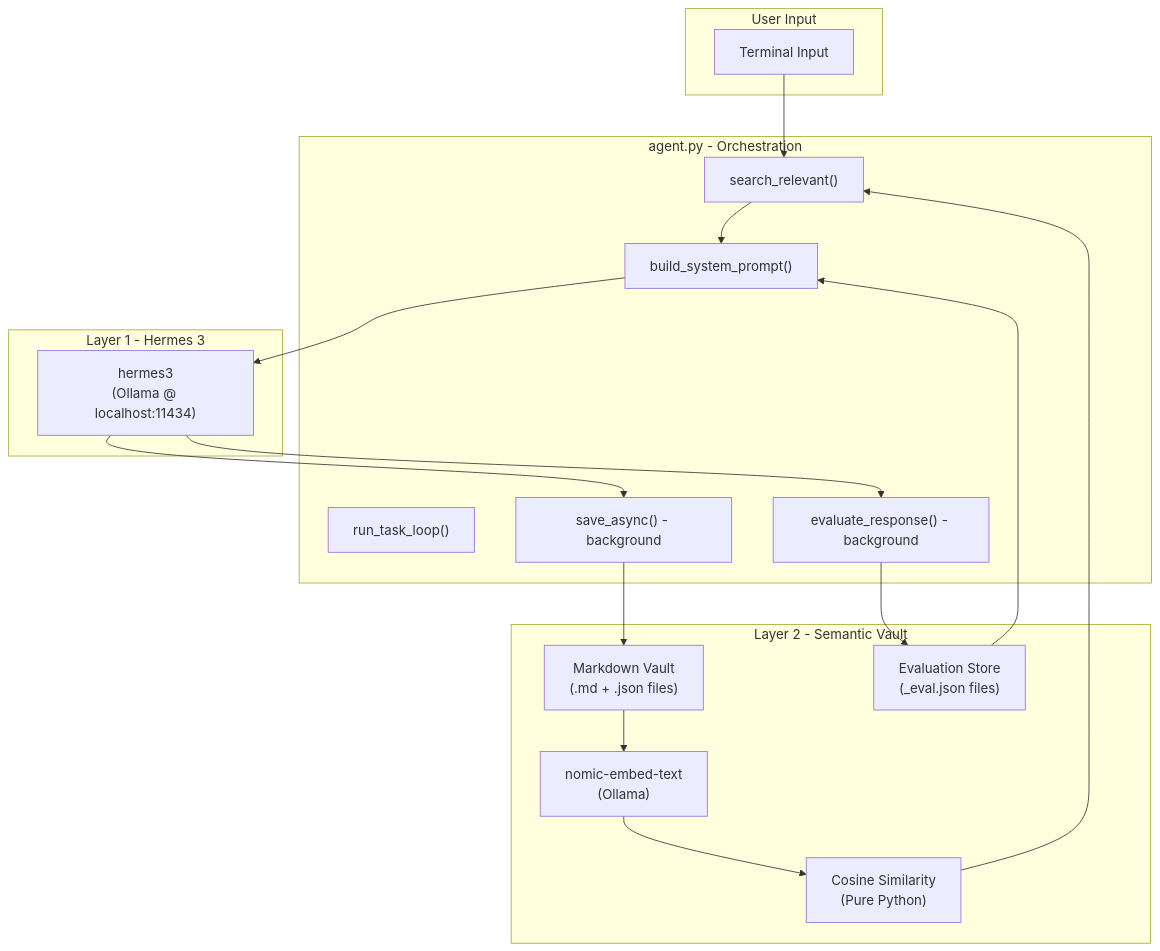
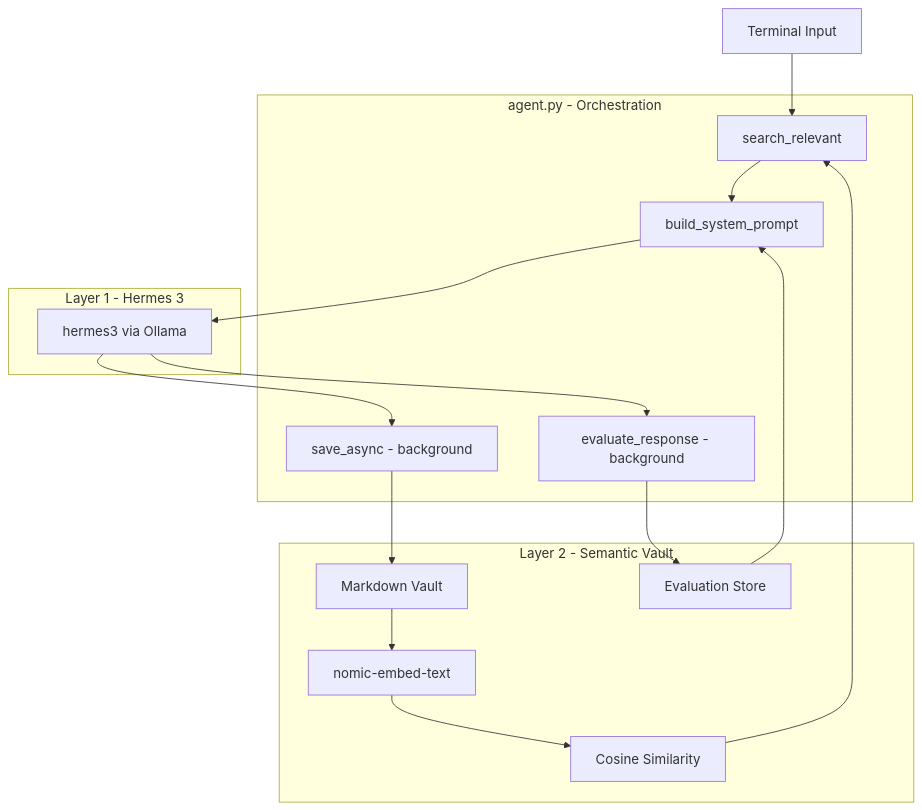
The first of 2 diagrams in README.md (Dheerajvarma1/hermes-rowboat-agent), drawn with Mermaid before and after one commit.

````diff
--- a/README.md
+++ b/README.md
@@ -223,36 +223,33 @@
 ```mermaid
-graph TB
-    subgraph INPUT["User Input"]
-        USER["Terminal Input"]
-    end
+flowchart TB
+    USER["Terminal Input"]
 
     subgraph MEMORY["Layer 2 - Semantic Vault"]
-        VAULT["Markdown Vault\n(.md + .json files)"]
-        EMBED["nomic-embed-text\n(Ollama)"]
-        COSINE["Cosine Similarity\n(Pure Python)"]
-        EVAL["Evaluation Store\n(_eval.json files)"]
+        VAULT["Markdown Vault"]
+        EMBED["nomic-embed-text"]
+        COSINE["Cosine Similarity"]
+        EVAL["Evaluation Store"]
         VAULT --> EMBED --> COSINE
     end
 
     subgraph AGENT["agent.py - Orchestration"]
-        RETRIEVE["search_relevant()"]
-        BUILD["build_system_prompt()"]
-        TASK["run_task_loop()"]
-        SAVE["save_async() - background"]
-        EVALUATE["evaluate_response() - background"]
+        RETRIEVE["search_relevant"]
+        BUILD["build_system_prompt"]
+        SAVE["save_async - background"]
+        EVALUATE["evaluate_response - background"]
     end
 
     subgraph REASONING["Layer 1 - Hermes 3"]
-        HERMES["hermes3\n(Ollama @ localhost:11434)"]
+        HERMES["hermes3 via Ollama"]
     end
 
     USER --> RETRIEVE
     COSINE --> RETRIEVE
     RETRIEVE --> BUILD
     BUILD --> HERMES
     HERMES --> SAVE
     HERMES --> EVALUATE
     SAVE --> VAULT
     EVALUATE --> EVAL
     EVAL --> BUILD
 ```
````
